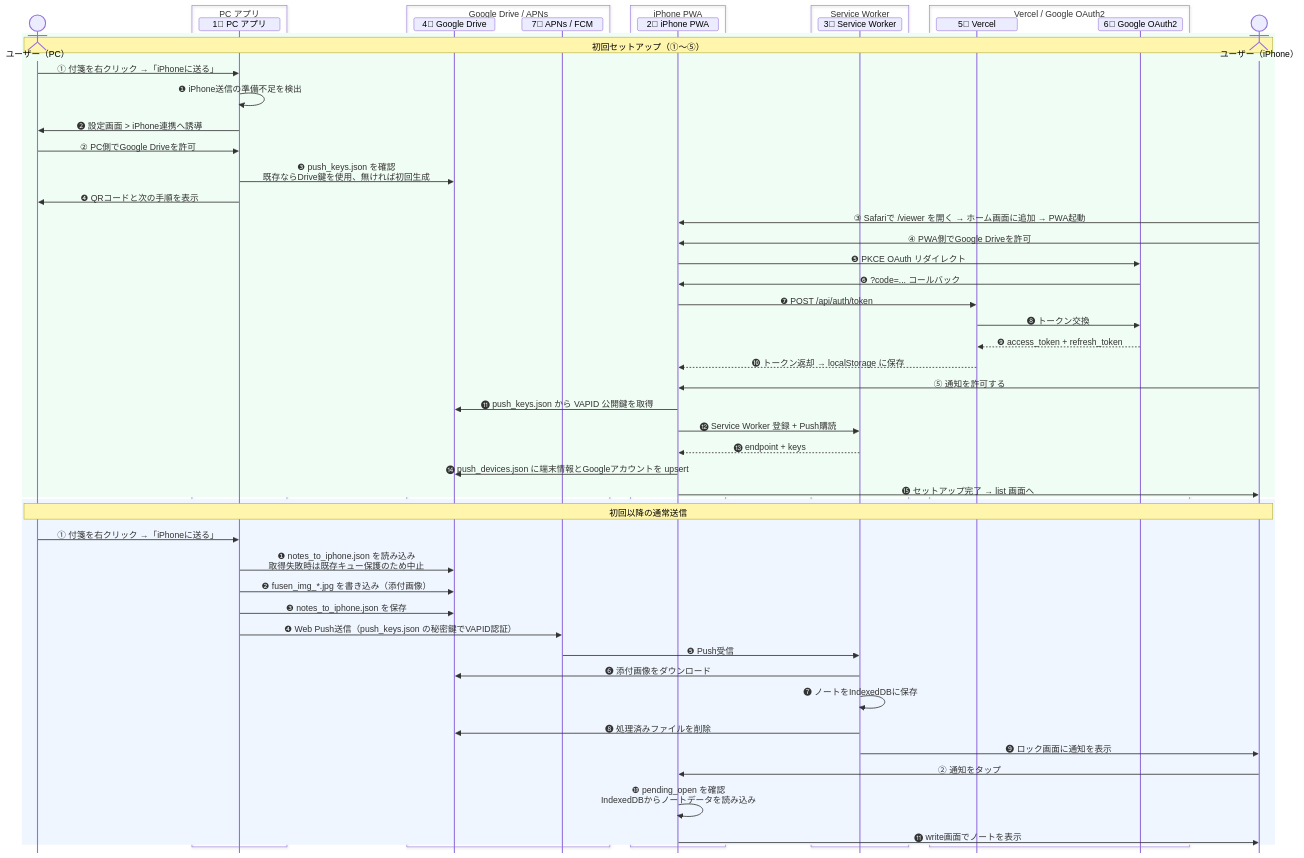
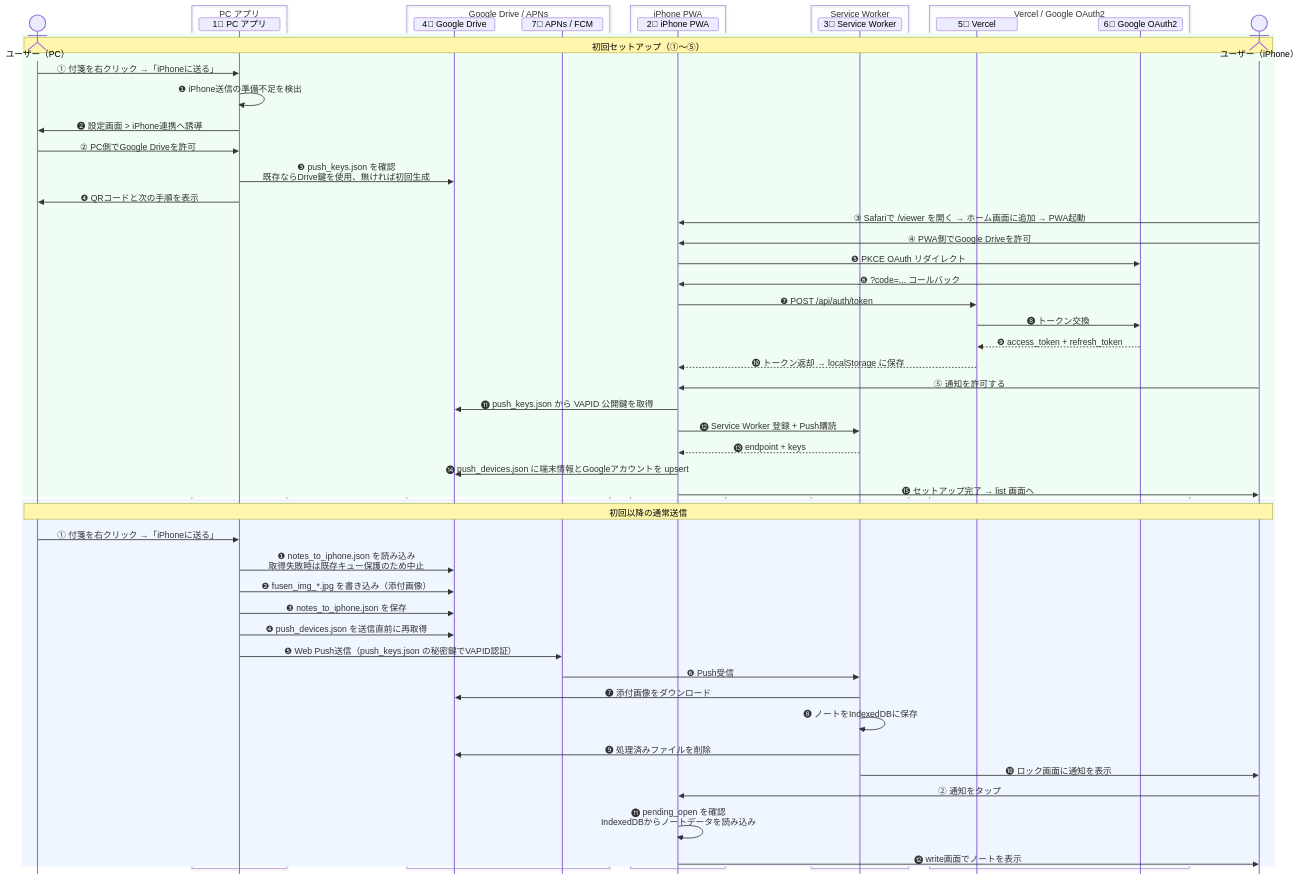
One commit to ore-no-fusen/ore-no-fusen changed the sixth of 9 diagrams in docs-v2/003_IPHONE.md. Above: the diagram before and after it, drawn with Mermaid. The commit also changed other lines of this file and 7 other files, not shown here.

````diff
--- a/docs-v2/003_IPHONE.md
+++ b/docs-v2/003_IPHONE.md
@@ -890,66 +905,67 @@
 ```mermaid
 %%{init: {'sequence': {'messageMargin': 8, 'mirrorActors': false, 'height': 24, 'boxMargin': 4, 'noteMargin': 6}}}%%
 sequenceDiagram
     actor UserPC as ユーザー（PC）
     box PC アプリ
         participant PC as 1⃣ PC アプリ
     end
     box Google Drive / APNs
         participant Drive as 4⃣ Google Drive
         participant APNs as 7⃣ APNs / FCM
     end
     box iPhone PWA
         participant PWA as 2⃣ iPhone PWA
     end
     box Service Worker
         participant SW as 3⃣ Service Worker
     end
     box Vercel / Google OAuth2
         participant Vercel as 5⃣ Vercel
         participant OAuth as 6⃣ Google OAuth2
     end
     actor UserPhone as ユーザー（iPhone）
 
     rect rgb(240, 253, 244)
         Note over UserPC,UserPhone: 初回セットアップ（①〜⑤）
         UserPC->>PC: ① 付箋を右クリック →「iPhoneに送る」
         PC->>PC: ❶ iPhone送信の準備不足を検出
         PC->>UserPC: ❷ 設定画面 > iPhone連携へ誘導
         UserPC->>PC: ② PC側でGoogle Driveを許可
         PC->>Drive: ❸ push_keys.json を確認<br>既存ならDrive鍵を使用、無ければ初回生成
         PC->>UserPC: ❹ QRコードと次の手順を表示
 
         UserPhone->>PWA: ③ Safariで /viewer を開く → ホーム画面に追加 → PWA起動
         UserPhone->>PWA: ④ PWA側でGoogle Driveを許可
         PWA->>OAuth: ❺ PKCE OAuth リダイレクト
         OAuth->>PWA: ❻ ?code=... コールバック
         PWA->>Vercel: ❼ POST /api/auth/token
         Vercel->>OAuth: ❽ トークン交換
         OAuth-->>Vercel: ❾ access_token + refresh_token
         Vercel-->>PWA: ❿ トークン返却 → localStorage に保存
 
         UserPhone->>PWA: ⑤ 通知を許可する
         PWA->>Drive: ⓫ push_keys.json から VAPID 公開鍵を取得
         PWA->>SW: ⓬ Service Worker 登録 + Push購読
         SW-->>PWA: ⓭ endpoint + keys
         PWA->>Drive: ⓮ push_devices.json に端末情報とGoogleアカウントを upsert
         PWA->>UserPhone: ⓯ セットアップ完了 → list 画面へ
     end
 
     rect rgb(239, 246, 255)
         Note over UserPC,UserPhone: 初回以降の通常送信
         UserPC->>PC: ① 付箋を右クリック →「iPhoneに送る」
         PC->>Drive: ❶ notes_to_iphone.json を読み込み<br>取得失敗時は既存キュー保護のため中止
         PC->>Drive: ❷ fusen_img_*.jpg を書き込み（添付画像）
         PC->>Drive: ❸ notes_to_iphone.json を保存
-        PC->>APNs: ❹ Web Push送信（push_keys.json の秘密鍵でVAPID認証）
-        APNs->>SW: ❺ Push受信
-        SW->>Drive: ❻ 添付画像をダウンロード
-        SW->>SW: ❼ ノートをIndexedDBに保存
-        SW->>Drive: ❽ 処理済みファイルを削除
-        SW->>UserPhone: ❾ ロック画面に通知を表示
+        PC->>Drive: ❹ push_devices.json を送信直前に再取得
+        PC->>APNs: ❺ Web Push送信（push_keys.json の秘密鍵でVAPID認証）
+        APNs->>SW: ❻ Push受信
+        SW->>Drive: ❼ 添付画像をダウンロード
+        SW->>SW: ❽ ノートをIndexedDBに保存
+        SW->>Drive: ❾ 処理済みファイルを削除
+        SW->>UserPhone: ❿ ロック画面に通知を表示
         UserPhone->>PWA: ② 通知をタップ
-        PWA->>PWA: ❿ pending_open を確認<br>IndexedDBからノートデータを読み込み
-        PWA->>UserPhone: ⓫ write画面でノートを表示
+        PWA->>PWA: ⓫ pending_open を確認<br>IndexedDBからノートデータを読み込み
+        PWA->>UserPhone: ⓬ write画面でノートを表示
     end
 ```
````
